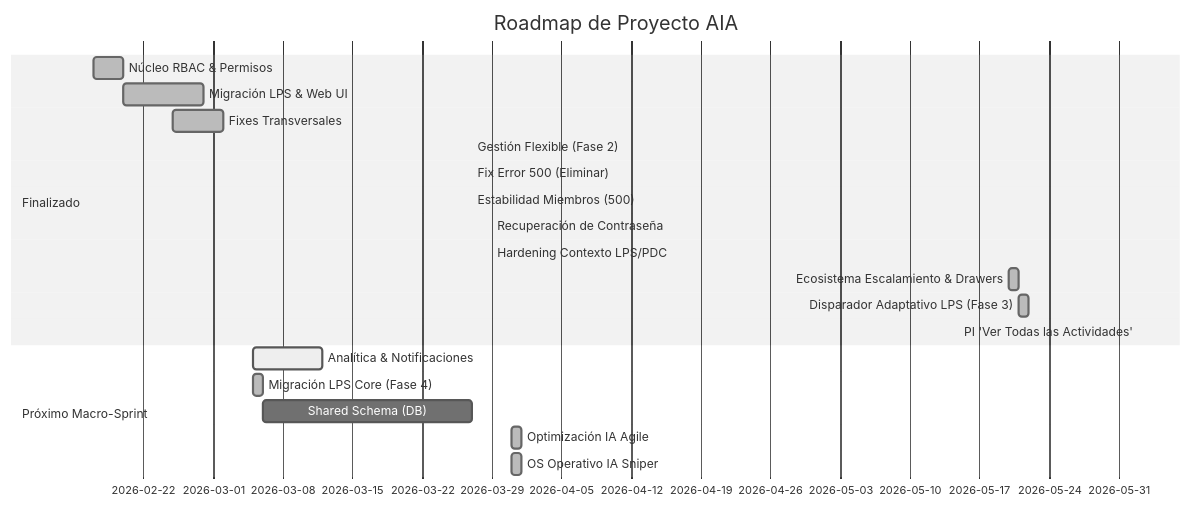
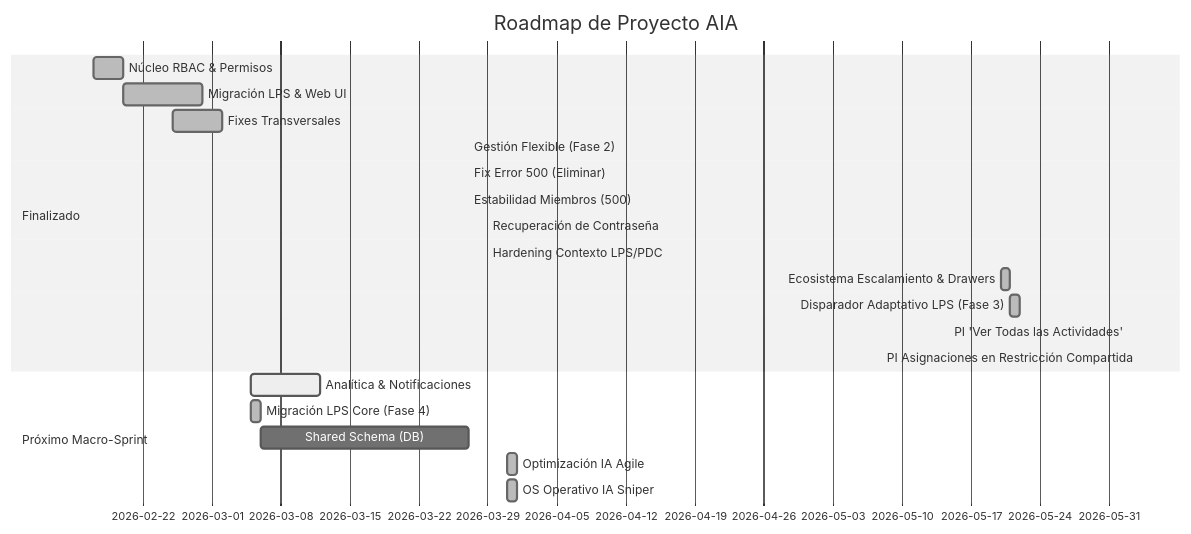
The diagram in ROADMAP.md (jbenite7/lastplanneraia-construccion), drawn with Mermaid (neutral theme) before and after one commit. The commit also changed other lines of this file and 5 other files, not shown here.

First line of the commit message:
fix(pi): corregir asimetría de asignaciones en restricción compartida

````diff
--- a/ROADMAP.md
+++ b/ROADMAP.md
@@ -13,23 +13,24 @@
 ```mermaid
 gantt
     title Roadmap de Proyecto AIA
     dateFormat  YYYY-MM-DD
     section Finalizado
     Núcleo RBAC & Permisos       :done,    des1, 2026-02-17, 2026-02-20
     Migración LPS & Web UI       :done,    des2, 2026-02-20, 2026-02-28
     Fixes Transversales          :done,    des3, 2026-02-25, 2026-03-02
     Gestión Flexible (Fase 2)    :done,    des7, 2026-03-27, 2026-03-27
     Fix Error 500 (Eliminar)    :done,    des8, 2026-03-27, 2026-03-27
     Estabilidad Miembros (500)  :done,    des9, 2026-03-27, 2026-03-27
     Recuperación de Contraseña   :done,    des10, 2026-03-29, 2026-03-29
     Hardening Contexto LPS/PDC   :done,    des11, 2026-03-29, 2026-03-29
     Ecosistema Escalamiento & Drawers :done, des14, 2026-05-20, 2026-05-21
     Disparador Adaptativo LPS (Fase 3) :done, des15, 2026-05-21, 2026-05-22
     PI 'Ver Todas las Actividades'  :done, des16, 2026-06-02, 2026-06-02
+    PI Asignaciones en Restricción Compartida :done, des17, 2026-06-03, 2026-06-03
     section Próximo Macro-Sprint
     Analítica & Notificaciones  :active,  des4, 2026-03-05, 7d
     Migración LPS Core (Fase 4) :done,    des6, 2026-03-05, 2026-03-06
     Shared Schema (DB)         :         des5, after des6, 21d
     Optimización IA Agile       :done,    des12, 2026-03-31, 1d
     OS Operativo IA Sniper      :done,    des13, 2026-03-31, 1d
 ```
````
